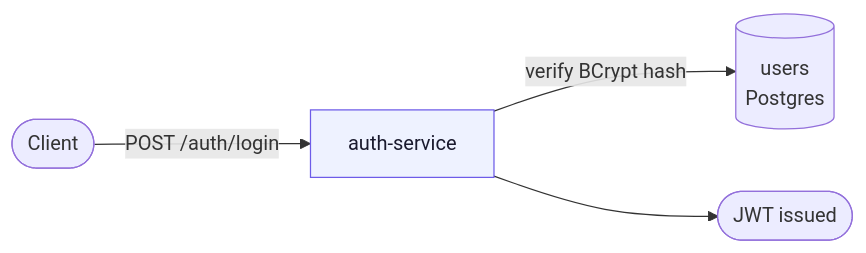
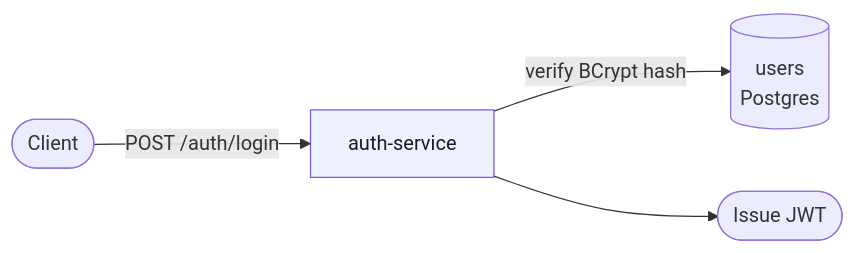
Before and after one commit to Thangaprabhu/turbotax-refund-service: the second of 5 diagrams in README.md, drawn with Mermaid. The commit also changed other lines of this file, not shown here.

Commit message:
Fix Flow 1/2 diagrams: drop JWT node from Register, reword Login's to 'Issue JWT'

````diff
--- a/README.md
+++ b/README.md
@@ -51,8 +50,8 @@
 ```mermaid
 flowchart LR
     C(["Client"]) -->|"POST /auth/login"| A["auth-service"]
     A -->|"verify BCrypt hash"| D[("users<br/>Postgres")]
-    A --> J(["JWT issued"])
+    A --> J(["Issue JWT"])
     classDef auth fill:#eef2ff,stroke:#6d5ce8,color:#1a1a2e;
     class A auth;
 ```
````
